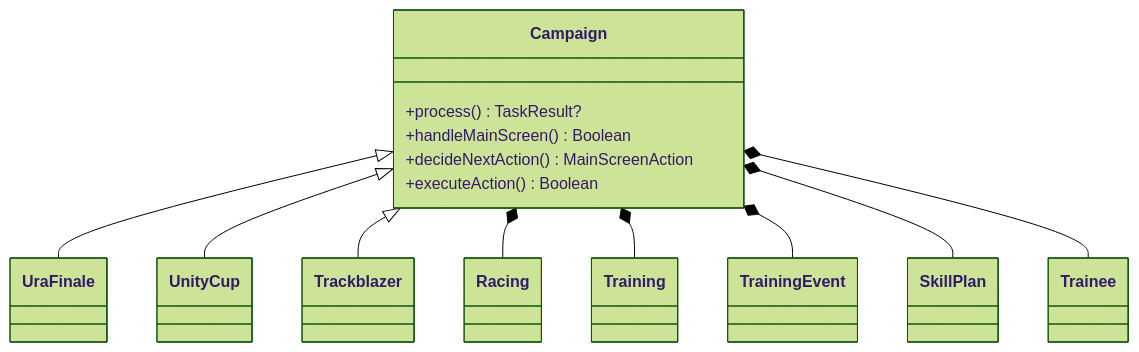
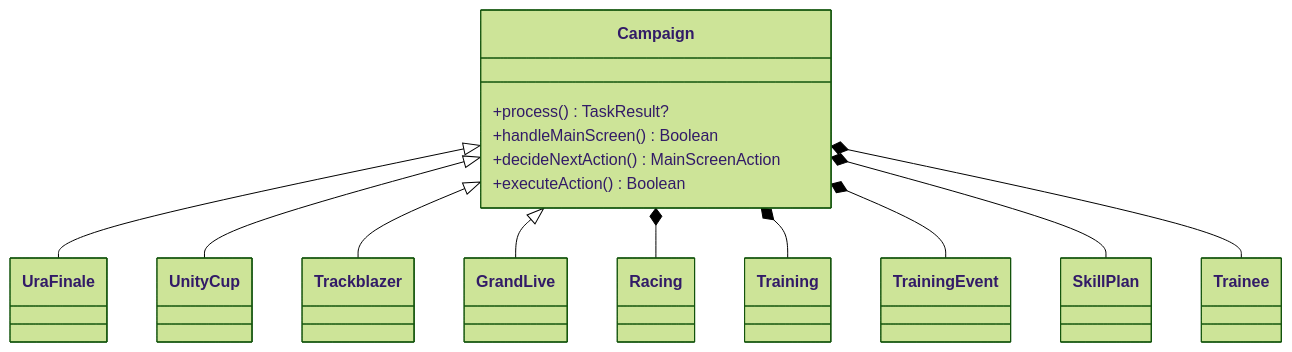
The first of 8 diagrams in HOW_IT_WORKS.md (steve1316/uma-android-automation), drawn with Mermaid (forest theme) before and after one commit. The commit also changed other lines of this file, not shown here.

````diff
--- a/HOW_IT_WORKS.md
+++ b/HOW_IT_WORKS.md
@@ -42,17 +43,18 @@
 ```mermaid
 classDiagram
     class Campaign {
         +process() TaskResult?
         +handleMainScreen() Boolean
         +decideNextAction() MainScreenAction
         +executeAction() Boolean
     }
     Campaign <|-- UraFinale
     Campaign <|-- UnityCup
     Campaign <|-- Trackblazer
+    Campaign <|-- GrandLive
     Campaign *-- Racing
     Campaign *-- Training
     Campaign *-- TrainingEvent
     Campaign *-- SkillPlan
     Campaign *-- Trainee
 ```
````
